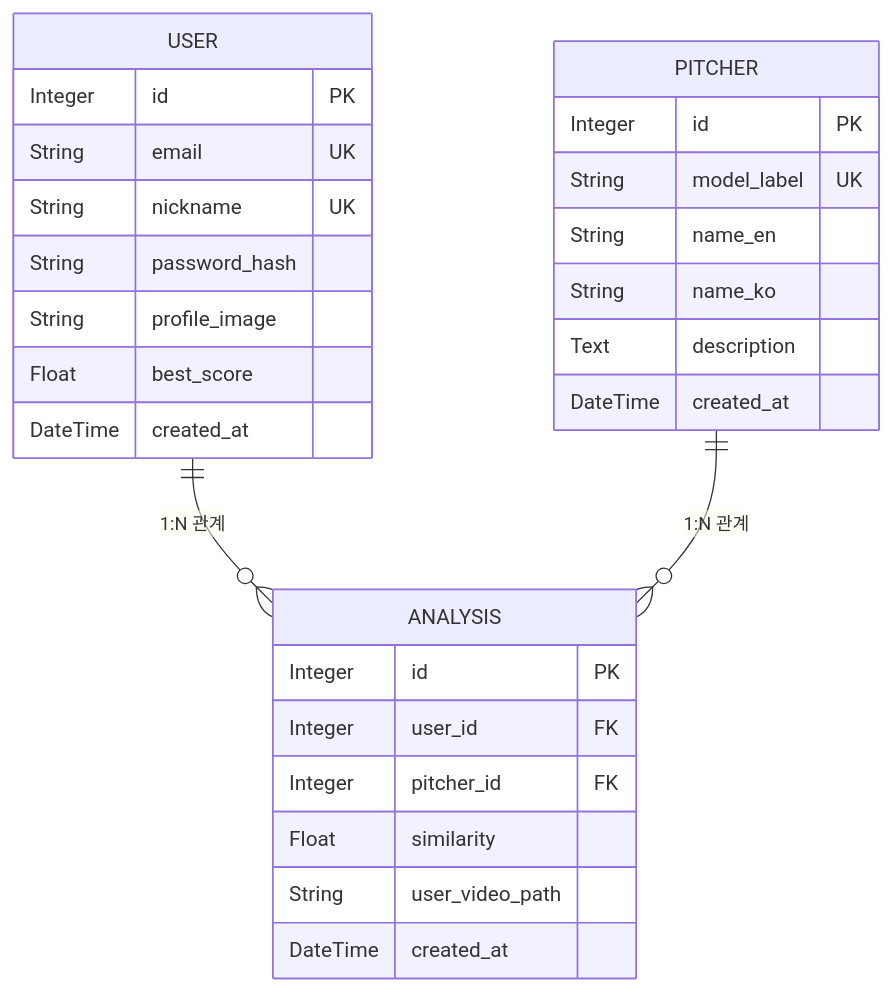
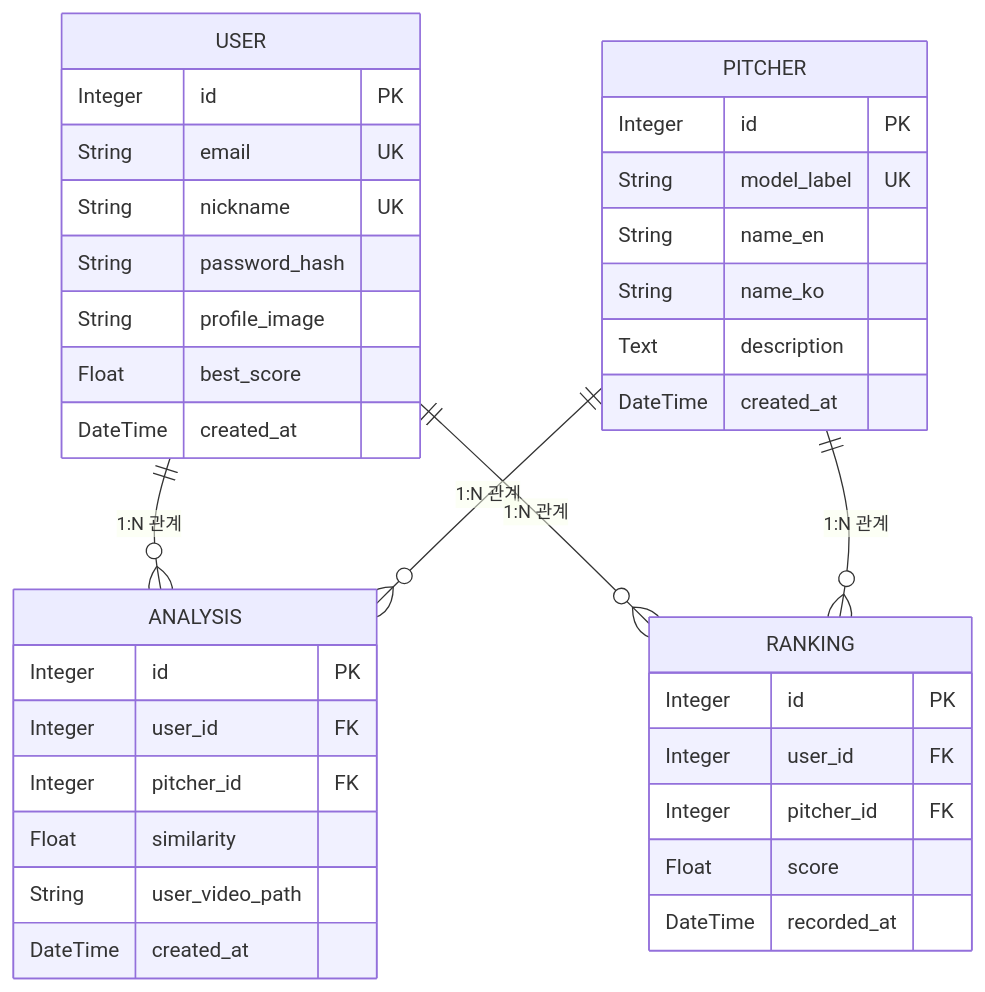
The diagram in README.md (Hanjiho0316/AI_Pitching_analysis_system), drawn with Mermaid before and after one commit. The commit also changed other lines of this file and 15 other files, not shown here.

````diff
--- a/README.md
+++ b/README.md
@@ -73,31 +75,40 @@
 ```mermaid
 erDiagram
     USER ||--o{ ANALYSIS : "1:N 관계"
     PITCHER ||--o{ ANALYSIS : "1:N 관계"
+    USER ||--o{ RANKING : "1:N 관계"
+    PITCHER ||--o{ RANKING : "1:N 관계"
 
     USER {
         Integer id PK
         String email UK
         String nickname UK
         String password_hash
         String profile_image
         Float best_score
         DateTime created_at
     }
     PITCHER {
         Integer id PK
         String model_label UK
         String name_en
         String name_ko
         Text description
         DateTime created_at
     }
     ANALYSIS {
         Integer id PK
         Integer user_id FK
         Integer pitcher_id FK
         Float similarity
         String user_video_path
         DateTime created_at
     }
+    RANKING {
+        Integer id PK
+        Integer user_id FK
+        Integer pitcher_id FK
+        Float score
+        DateTime recorded_at
+    }
 ```
````
